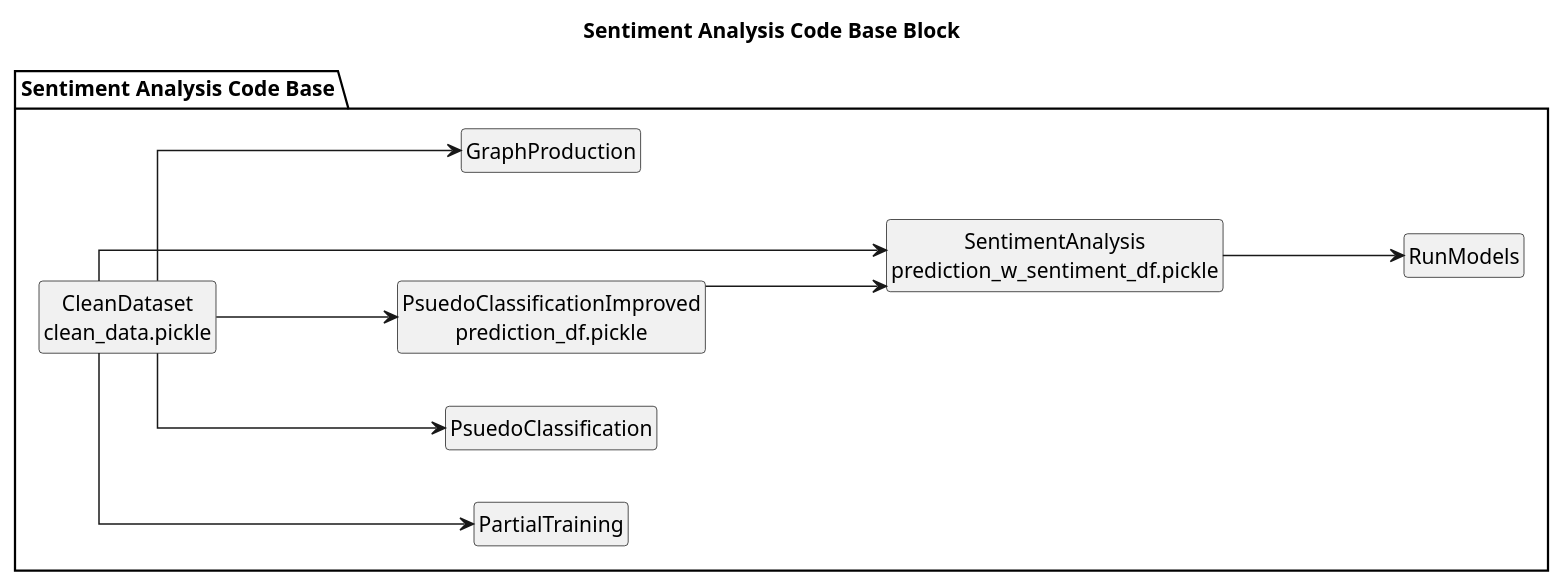
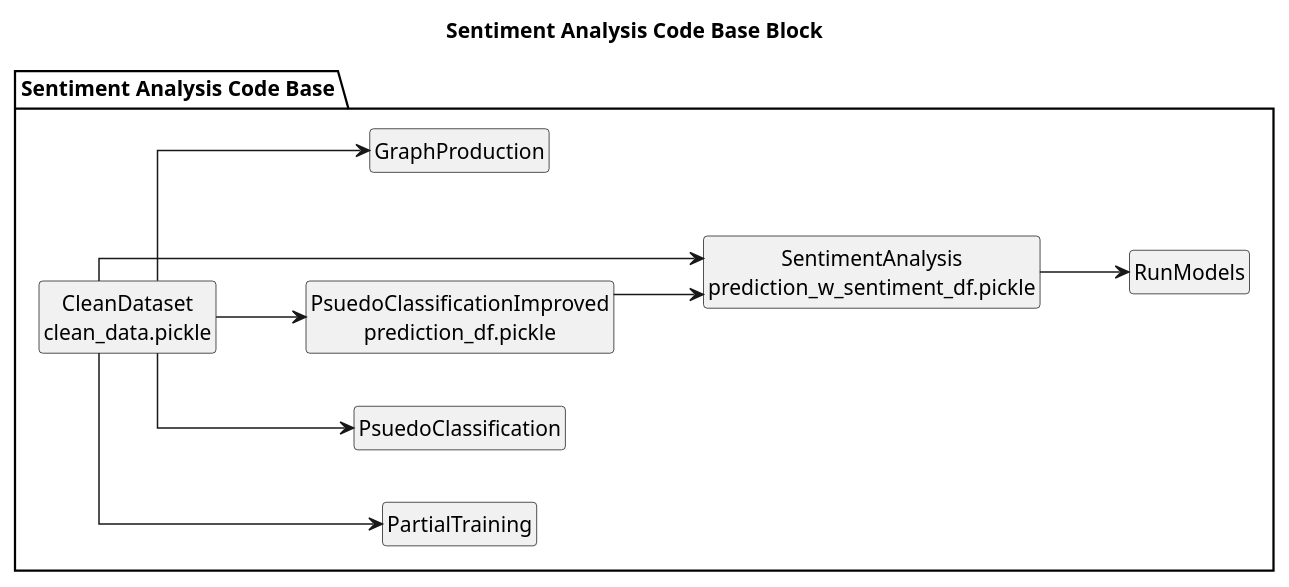
One commit to benjobean123/Thesis changed the diagram in Code/diagrams/CodeBaseBlock.wsd. Above: the diagram before and after it, drawn with PlantUML. The commit also changed 7 other files, not shown here.

Commit message:
corrected typos in diagrams

```diff
--- a/Code/diagrams/CodeBaseBlock.wsd
+++ b/Code/diagrams/CodeBaseBlock.wsd
@@ -1,34 +1,34 @@
 @startuml Sentiment Analysis Code Base Block
 
 title Sentiment Analysis Code Base Block
 
 'skinparam linetype polyline
 skinparam linetype ortho
 left to right direction
 skinparam style strictuml
 hide empty members
 
 
 
 package "Sentiment Analysis Code Base" as SACB {
   'define blocks
   class "CleanDataset\nclean_data.pickle" as CD
   class "PartialTraining" as PT
   class "PsuedoClassification" as PC
   class "PsuedoClassificationImproved\nprediction_df.pickle" as PCI
   class "SentimentAnalysis\nprediction_w_sentiment_df.pickle" as SA
   class "GraphProduction" as GP
   class "RunModels" as  RM
   
   'add linkages
-  CD ---> PT
-  CD ---> PC
-  CD ---> PCI
-  CD ---> SA
-  CD ---> GP
-  PCI ---> SA
-  SA---> RM
+  CD --> PT
+  CD --> PC
+  CD --> PCI
+  CD --> SA
+  CD --> GP
+  PCI --> SA
+  SA--> RM
   
 }
 
 @enduml
```
